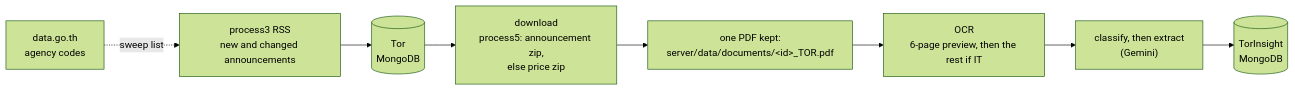
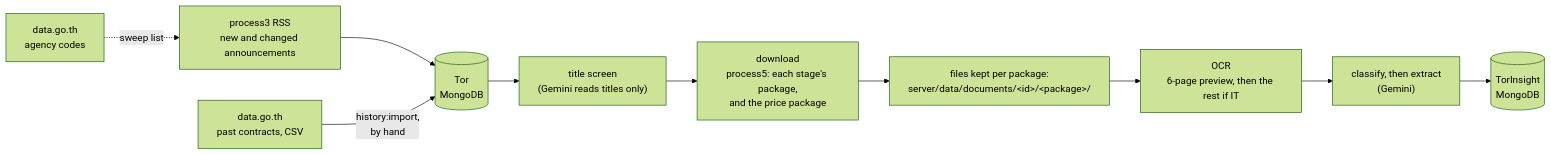
One commit to PapuBallkub/csp-mjolnir changed the diagram in docs/data-sources/data_flow_architecture.md. Above: the diagram before and after it, drawn with Mermaid (forest theme). The commit also changed other lines of this file and 12 other files, not shown here.

````diff
--- a/docs/data-sources/data_flow_architecture.md
+++ b/docs/data-sources/data_flow_architecture.md
@@ -19,10 +19,12 @@
 ```mermaid
 flowchart LR
     RSS["process3 RSS<br/>new and changed announcements"] --> TOR[("Tor<br/>MongoDB")]
     DGO["data.go.th<br/>agency codes"] -. sweep list .-> RSS
-    TOR --> DL["download<br/>process5: announcement zip,<br/>else price zip"]
-    DL --> PDF["one PDF kept:<br/>server/data/documents/&lt;id&gt;_TOR.pdf"]
-    PDF --> OCR["OCR<br/>6-page preview, then the rest if IT"]
+    CSV["data.go.th<br/>past contracts, CSV"] -- "history:import,<br/>by hand" --> TOR
+    TOR --> SCR["title screen<br/>(Gemini reads titles only)"]
+    SCR --> DL["download<br/>process5: each stage's package,<br/>and the price package"]
+    DL --> FILES["files kept per package:<br/>server/data/documents/&lt;id&gt;/&lt;package&gt;/"]
+    FILES --> OCR["OCR<br/>6-page preview, then the rest if IT"]
     OCR --> AI["classify, then extract<br/>(Gemini)"]
     AI --> INS[("TorInsight<br/>MongoDB")]
 ```
````
